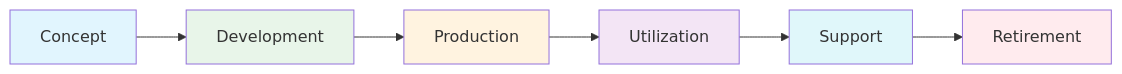
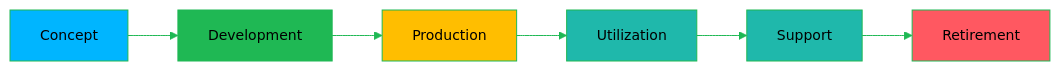
Before and after one commit to oat431/swe-knowledge: the ninth of 10 diagrams in software-engineering-note/10_Software_Engineering_Process/05_Process_Fundamentals.md, drawn with Mermaid. The commit also changed other lines of this file and 28 other files, not shown here.

````diff
--- a/software-engineering-note/10_Software_Engineering_Process/05_Process_Fundamentals.md
+++ b/software-engineering-note/10_Software_Engineering_Process/05_Process_Fundamentals.md
@@ -303,15 +319,16 @@
 ```mermaid
+%%{init: {'theme':'base','themeVariables':{'primaryColor':'#19362D','primaryTextColor':'#CDD3D1','primaryBorderColor':'#1FB854','lineColor':'#1FB854','secondaryColor':'#161212','tertiaryColor':'#1B1717','background':'#1B1717','mainBkg':'#19362D','nodeBorder':'#1FB854','clusterBkg':'#161212','clusterBorder':'#19362D','titleColor':'#1FB854','edgeLabelBackground':'#161212','fontSize':'14px'}}}%%
 graph LR
     C[Concept] --> D[Development]
     D --> P[Production]
     P --> U[Utilization]
     U --> S[Support]
     S --> R[Retirement]
     
-    style C fill:#e1f5fe
-    style D fill:#e8f5e9
-    style P fill:#fff3e0
-    style U fill:#f3e5f5
-    style S fill:#e0f7fa
-    style R fill:#ffebee
+    style C fill:#00B5FF,color:#000000
+    style D fill:#1FB854,color:#000000
+    style P fill:#FFBE00,color:#000000
+    style U fill:#1FB8AB,color:#000000
+    style S fill:#1FB8AB,color:#000000
+    style R fill:#FF5861,color:#000000
 ```
````
